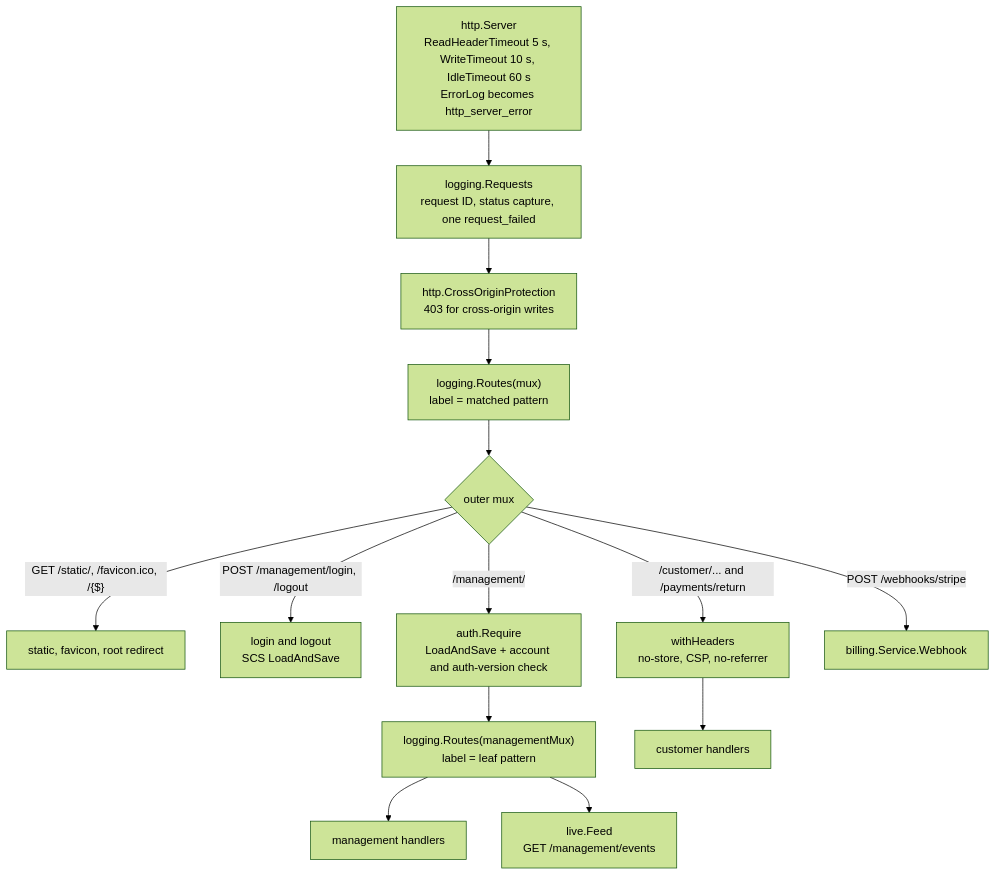
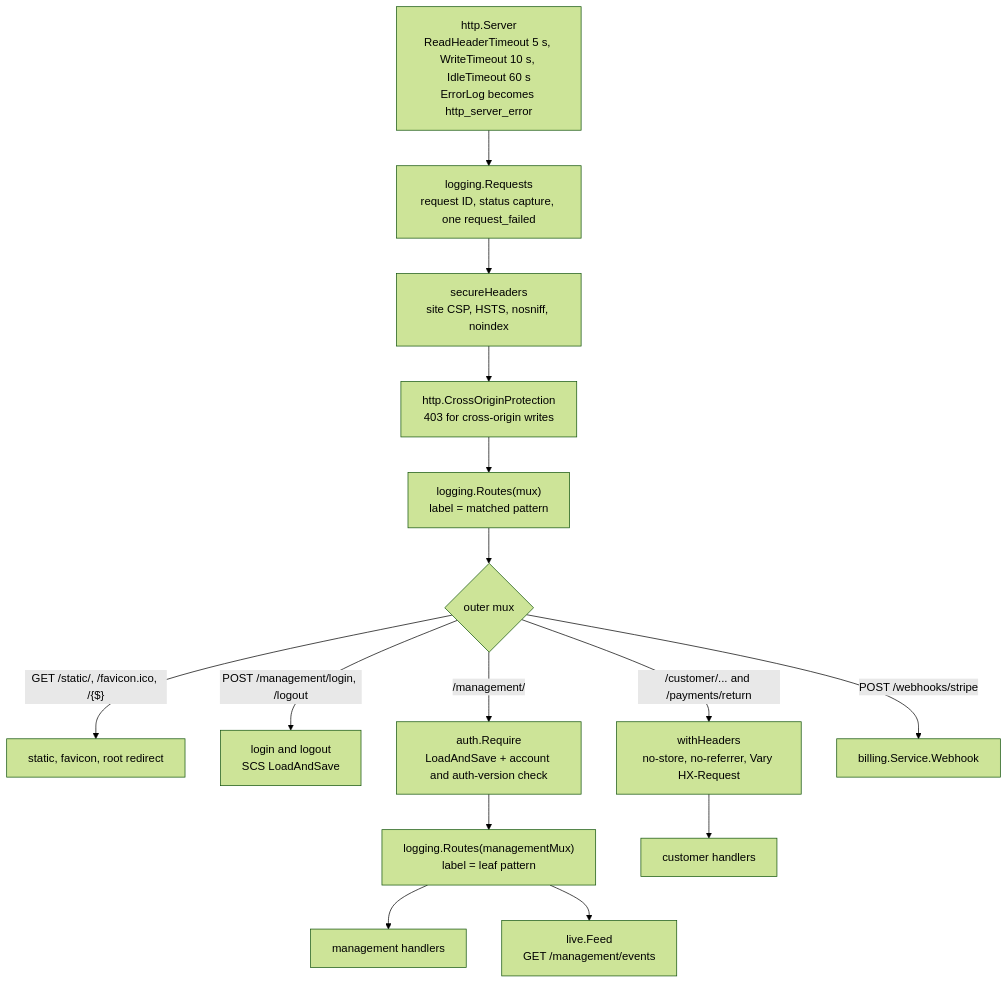
Before and after one commit to devGabriel131/ProjectHermes: the third of 3 diagrams in docs/architecture.md, drawn with Mermaid (forest theme). The commit also changed other lines of this file and 97 other files, not shown here.

````diff
--- a/docs/architecture.md
+++ b/docs/architecture.md
@@ -157,26 +162,27 @@
 ```mermaid
 flowchart TD
   conn["http.Server\nReadHeaderTimeout 5 s, WriteTimeout 10 s, IdleTimeout 60 s\nErrorLog becomes http_server_error"]
   req["logging.Requests\nrequest ID, status capture, one request_failed"]
+  sec["secureHeaders\nsite CSP, HSTS, nosniff, noindex"]
   cop["http.CrossOriginProtection\n403 for cross-origin writes"]
   outer["logging.Routes(mux)\nlabel = matched pattern"]
   mux{"outer mux"}
   static["static, favicon, root redirect"]
   authh["login and logout\nSCS LoadAndSave"]
   require["auth.Require\nLoadAndSave + account and auth-version check"]
   inner["logging.Routes(managementMux)\nlabel = leaf pattern"]
   mgmt["management handlers"]
   feed["live.Feed\nGET /management/events"]
-  hdr["withHeaders\nno-store, CSP, no-referrer"]
+  hdr["withHeaders\nno-store, no-referrer, Vary HX-Request"]
   cust["customer handlers"]
   hook["billing.Service.Webhook"]
 
-  conn --> req --> cop --> outer --> mux
+  conn --> req --> sec --> cop --> outer --> mux
   mux -->|"GET /static/, /favicon.ico, /{$}"| static
   mux -->|"POST /management/login, /logout"| authh
   mux -->|"/management/"| require --> inner
   inner --> mgmt
   inner --> feed
   mux -->|"/customer/... and /payments/return"| hdr --> cust
   mux -->|"POST /webhooks/stripe"| hook
 ```
````
